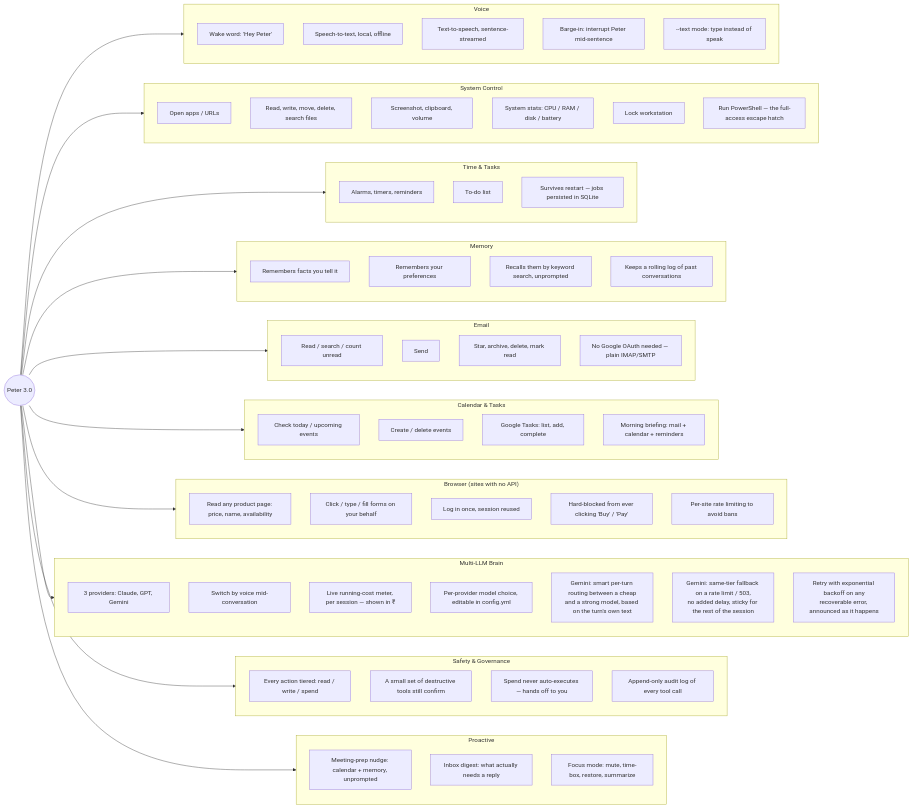
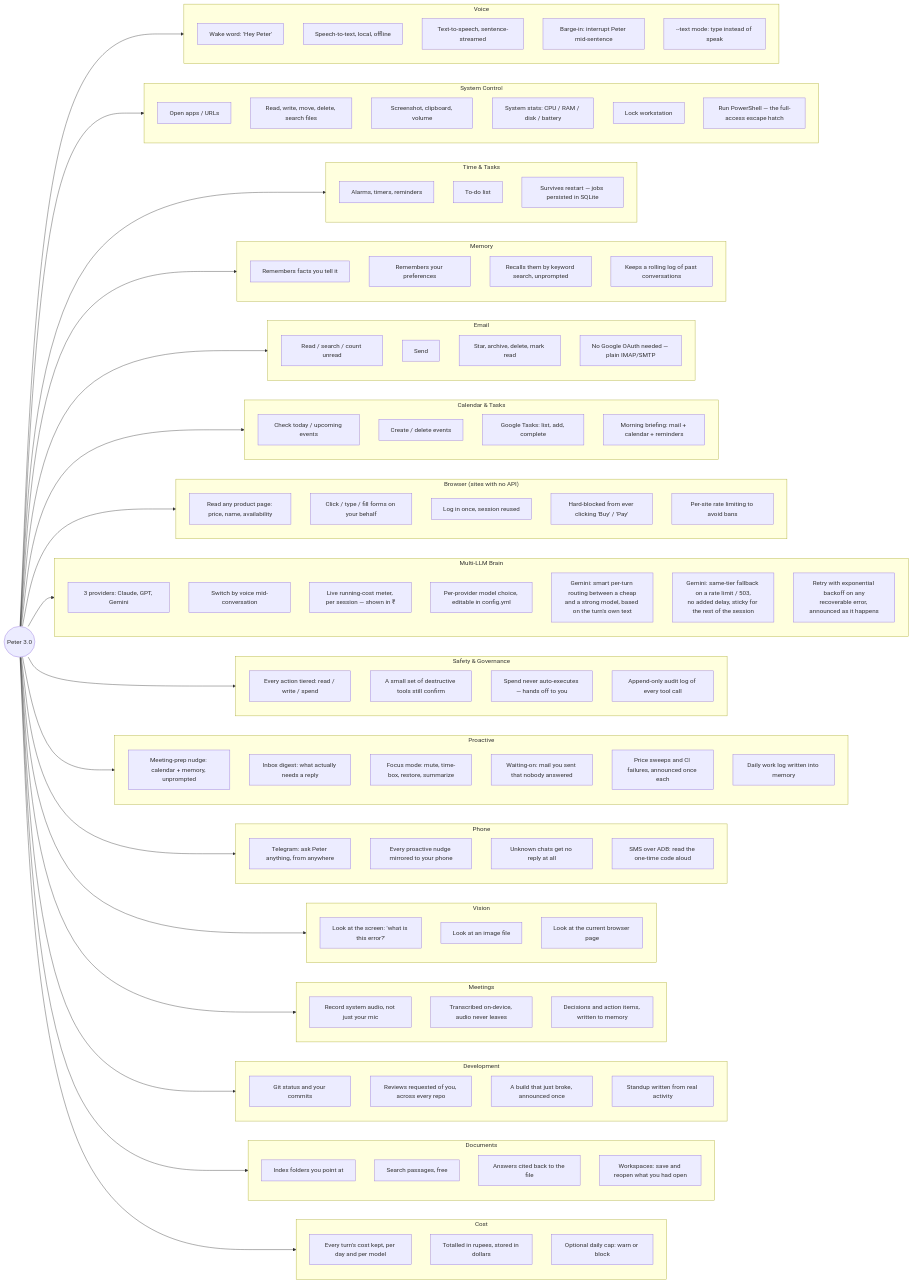
One commit to Dhusnic/Peter-AI-Voice-Assistance changed the first of 19 diagrams in peter_3.0/docs/ARCHITECTURE.md. Above: the diagram before and after it, drawn with Mermaid. The commit also changed other lines of this file and 61 other files, not shown here.

First line of the commit message:
Add twelve features: phone bridge, watchers, vision, meetings, dev, docs

````diff
--- a/peter_3.0/docs/ARCHITECTURE.md
+++ b/peter_3.0/docs/ARCHITECTURE.md
@@ -107,6 +107,54 @@
         PR1["Meeting-prep nudge: calendar + memory, unprompted"]
         PR2["Inbox digest: what actually needs a reply"]
         PR3["Focus mode: mute, time-box, restore, summarize"]
+        PR4["Waiting-on: mail you sent that nobody answered"]
+        PR5["Price sweeps and CI failures, announced once each"]
+        PR6["Daily work log written into memory"]
+    end
+
+    subgraph SG_PH["Phone"]
+        direction TB
+        PH1["Telegram: ask Peter anything, from anywhere"]
+        PH2["Every proactive nudge mirrored to your phone"]
+        PH3["Unknown chats get no reply at all"]
+        PH4["SMS over ADB: read the one-time code aloud"]
+    end
+
+    subgraph SG_EY["Vision"]
+        direction TB
+        EY1["Look at the screen: 'what is this error?'"]
+        EY2["Look at an image file"]
+        EY3["Look at the current browser page"]
+    end
+
+    subgraph SG_R["Meetings"]
+        direction TB
+        R1["Record system audio, not just your mic"]
+        R2["Transcribed on-device, audio never leaves"]
+        R3["Decisions and action items, written to memory"]
+    end
+
+    subgraph SG_D["Development"]
+        direction TB
+        D1["Git status and your commits"]
+        D2["Reviews requested of you, across every repo"]
+        D3["A build that just broke, announced once"]
+        D4["Standup written from real activity"]
+    end
+
+    subgraph SG_DOC["Documents"]
+        direction TB
+        DOC1["Index folders you point at"]
+        DOC2["Search passages, free"]
+        DOC3["Answers cited back to the file"]
+        DOC4["Workspaces: save and reopen what you had open"]
+    end
+
+    subgraph SG_CO["Cost"]
+        direction TB
+        CO1["Every turn's cost kept, per day and per model"]
+        CO2["Totalled in rupees, stored in dollars"]
+        CO3["Optional daily cap: warn or block"]
     end
 
     P --> SG_V
@@ -119,4 +167,10 @@
     P --> SG_L
     P --> SG_G
     P --> SG_PR
+    P --> SG_PH
+    P --> SG_EY
+    P --> SG_R
+    P --> SG_D
+    P --> SG_DOC
+    P --> SG_CO
 ```
````
